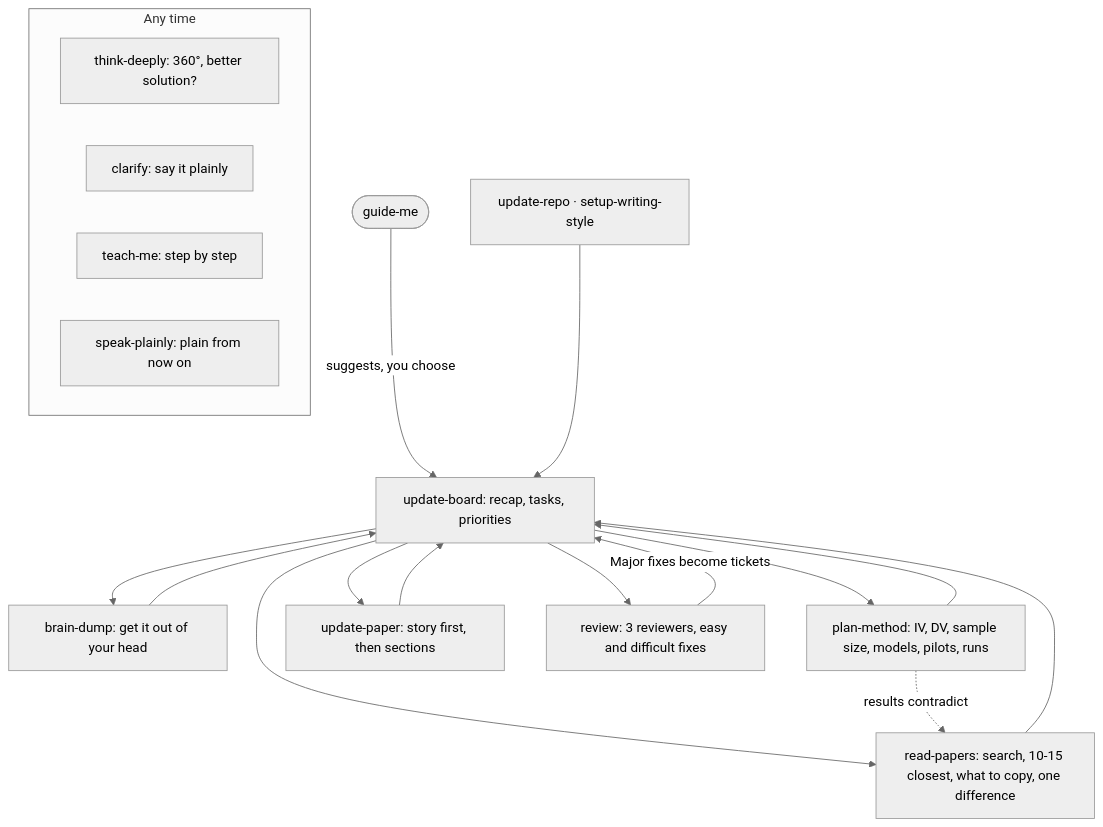
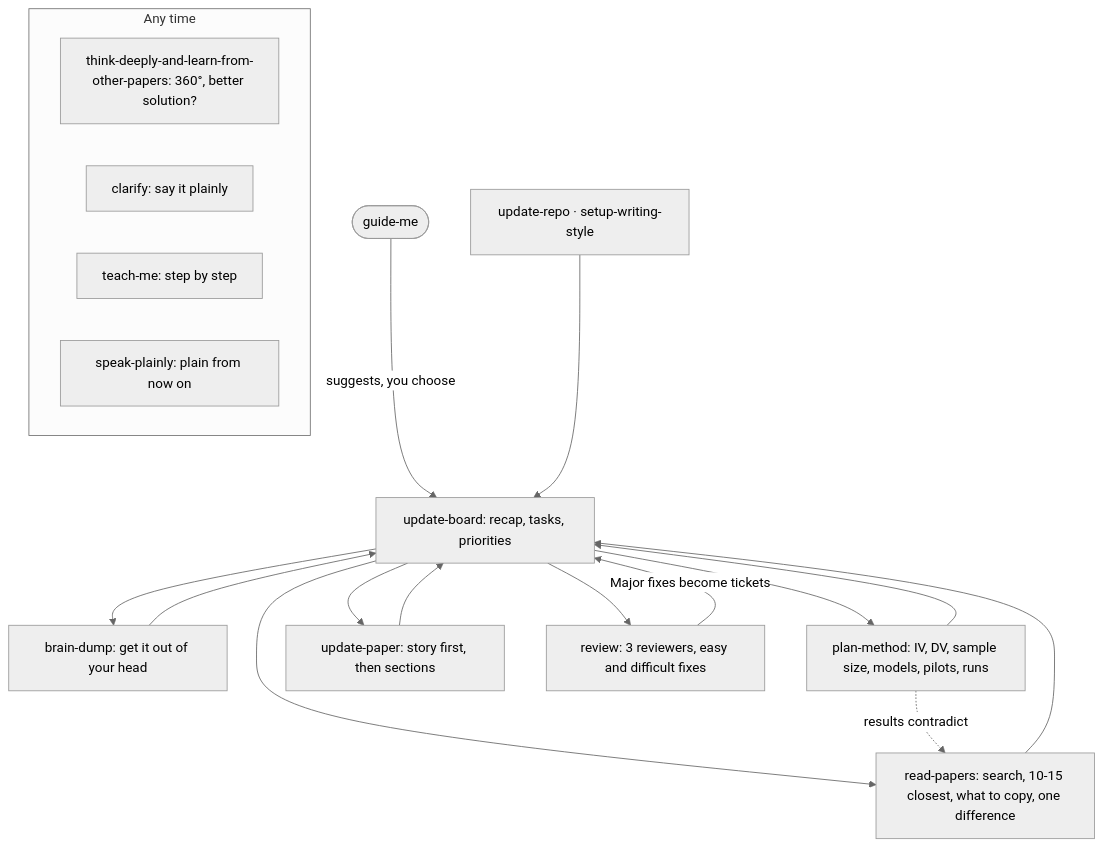
Before and after one commit to chaklam-silpasuwanchai/research_skill: the diagram in docs/how-it-works.md, drawn with Mermaid (neutral theme). The commit also changed 17 other files, not shown here.

First line of the commit message:
Rename think-deeply to think-deeply-and-learn-from-other-papers (0.12.0)

````diff
--- a/docs/how-it-works.md
+++ b/docs/how-it-works.md
@@ -7,22 +7,22 @@
 ```mermaid
 flowchart TD
   G([guide-me]) -->|suggests, you choose| B[update-board: recap, tasks, priorities]
   S[update-repo · setup-writing-style] --> B
   B --> D[brain-dump: get it out of your head]
   B --> V[read-papers: search, 10-15 closest, what to copy, one difference]
   B --> M[plan-method: IV, DV, sample size, models, pilots, runs]
   B --> W[update-paper: story first, then sections]
   B --> R[review: 3 reviewers, easy and difficult fixes]
   D --> B
   V --> B
   M --> B
   W --> B
   R -->|Major fixes become tickets| B
   M -. results contradict .-> V
   subgraph anytime[Any time]
-    T[think-deeply: 360°, better solution?]
+    T[think-deeply-and-learn-from-other-papers: 360°, better solution?]
     C[clarify: say it plainly]
     E[teach-me: step by step]
     P[speak-plainly: plain from now on]
   end
 ```
````
